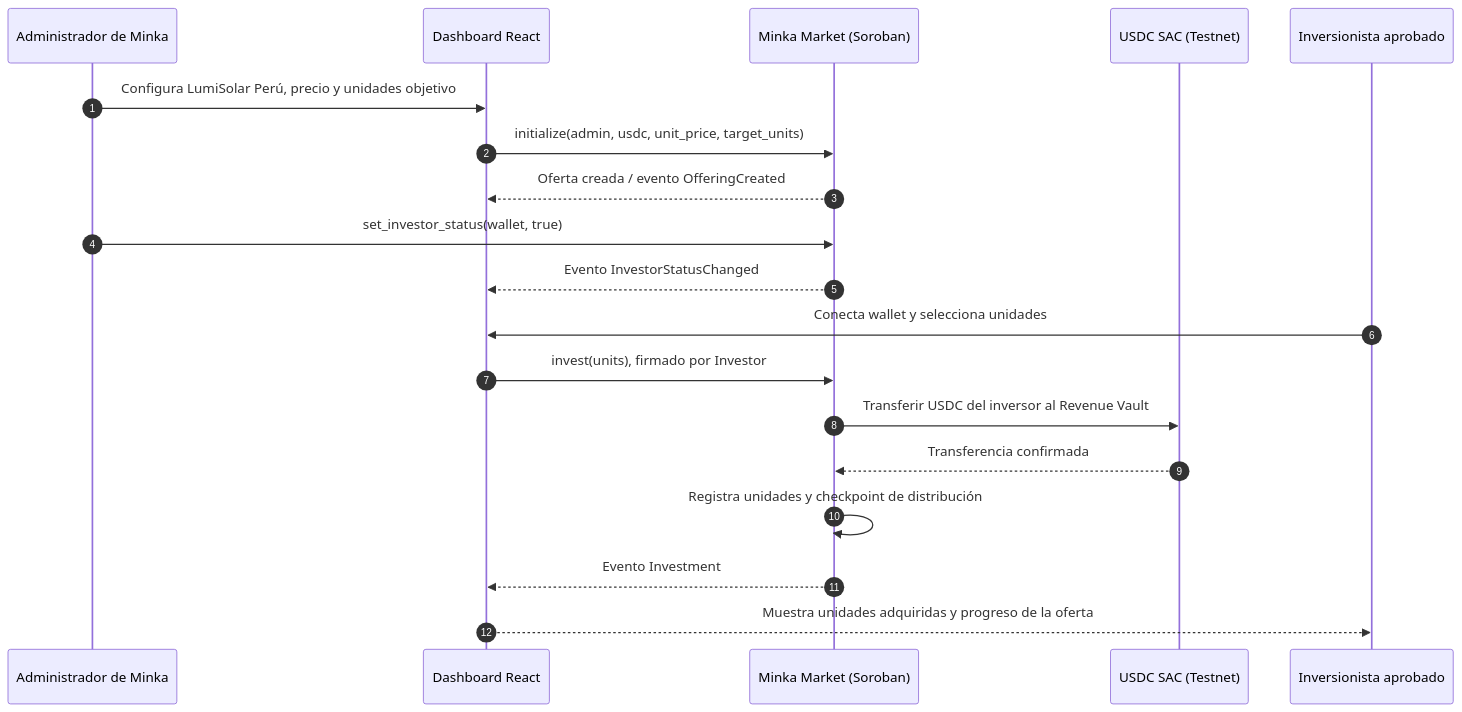
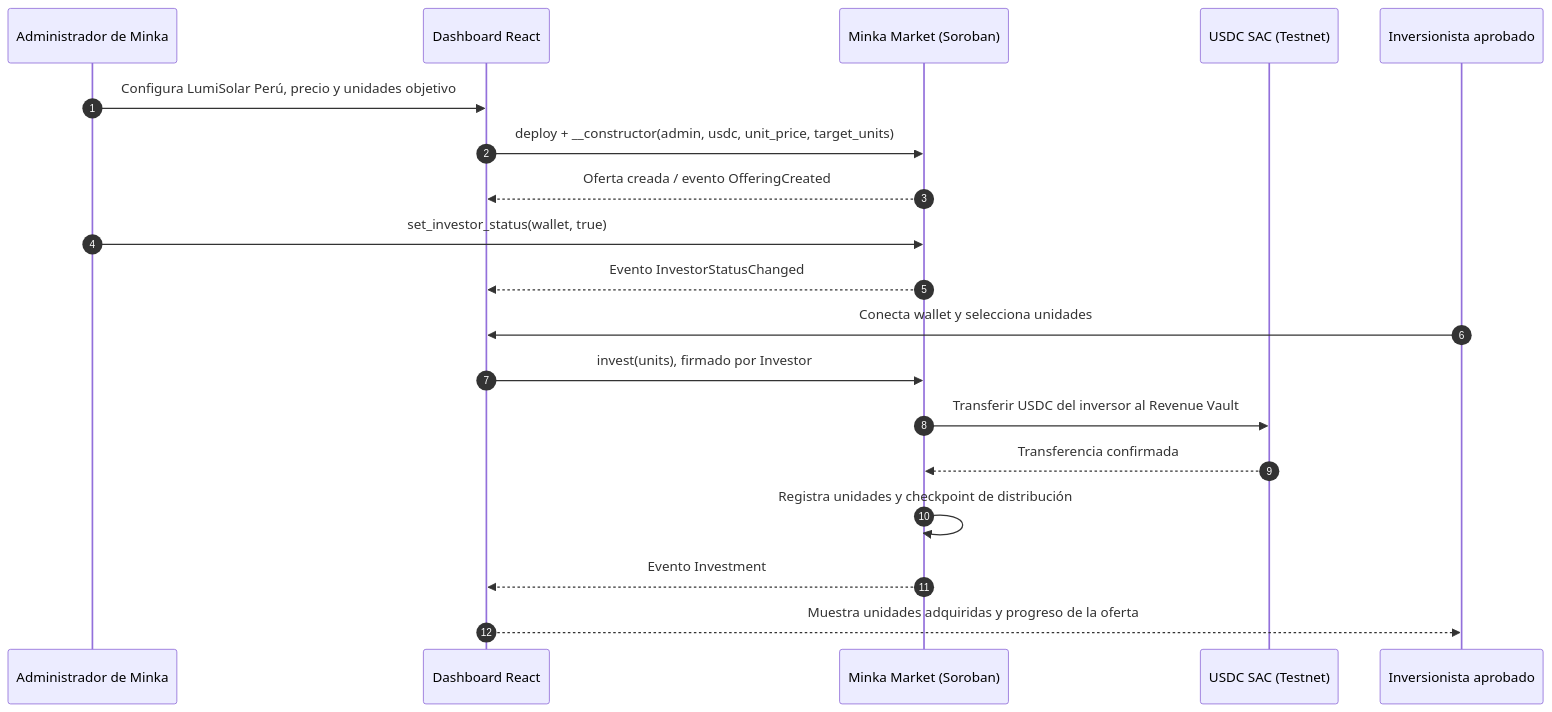
The third of 8 diagrams in docs/architecture/minka-capital-system-flow.md (giano-montano/minka-capital), drawn with Mermaid before and after one commit. The commit also changed 4 other files, not shown here.

````diff
--- a/docs/architecture/minka-capital-system-flow.md
+++ b/docs/architecture/minka-capital-system-flow.md
@@ -78,24 +78,24 @@
 ```mermaid
 sequenceDiagram
     autonumber
     participant Admin as Administrador de Minka
     participant UI as Dashboard React
     participant Contract as Minka Market (Soroban)
     participant USDC as USDC SAC (Testnet)
     participant Investor as Inversionista aprobado
 
     Admin->>UI: Configura LumiSolar Perú, precio y unidades objetivo
-    UI->>Contract: initialize(admin, usdc, unit_price, target_units)
+    UI->>Contract: deploy + __constructor(admin, usdc, unit_price, target_units)
     Contract-->>UI: Oferta creada / evento OfferingCreated
 
     Admin->>Contract: set_investor_status(wallet, true)
     Contract-->>UI: Evento InvestorStatusChanged
 
     Investor->>UI: Conecta wallet y selecciona unidades
     UI->>Contract: invest(units), firmado por Investor
     Contract->>USDC: Transferir USDC del inversor al Revenue Vault
     USDC-->>Contract: Transferencia confirmada
     Contract->>Contract: Registra unidades y checkpoint de distribución
     Contract-->>UI: Evento Investment
     UI-->>Investor: Muestra unidades adquiridas y progreso de la oferta
 ```
````
